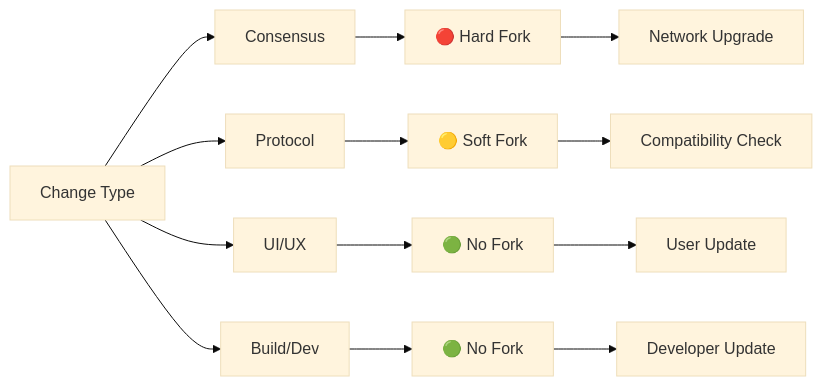
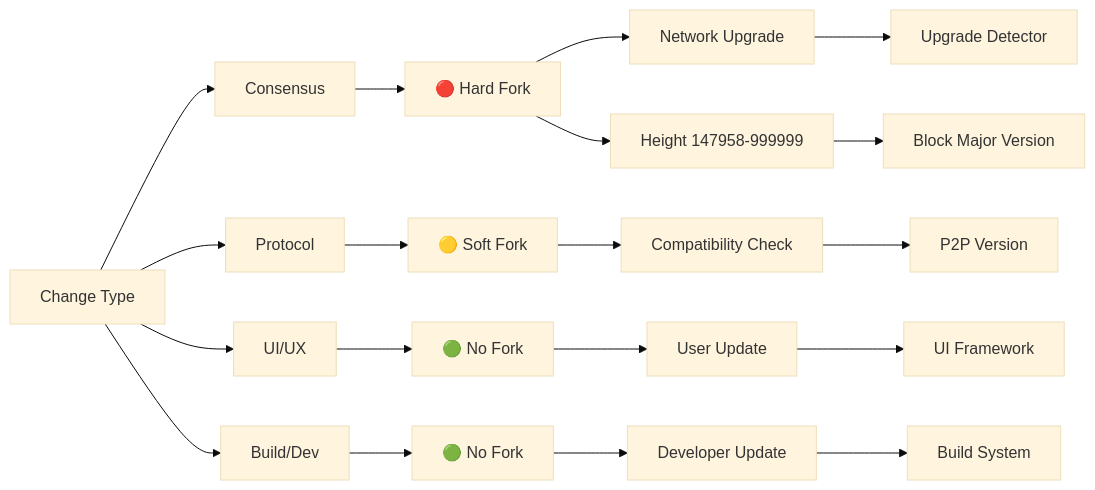
One commit to usexfg/fuego-suite changed the second of 29 diagrams in FORK_CLASSIFICATION.md. Above: the diagram before and after it, drawn with Mermaid (base theme). The commit also changed other lines of this file and 64 other files, not shown here.

````diff
--- a/FORK_CLASSIFICATION.md
+++ b/FORK_CLASSIFICATION.md
@@ -43,17 +52,24 @@
 ```mermaid
 graph LR
     A[Change Type] --> B[Consensus]
     A --> C[Protocol]
     A --> D[UI/UX]
     A --> E[Build/Dev]
     
     B --> F[🔴 Hard Fork]
     C --> G[🟡 Soft Fork]
     D --> H[🟢 No Fork]
     E --> I[🟢 No Fork]
     
     F --> J[Network Upgrade]
-    G --> K[Compatibility Check]
-    H --> L[User Update]
-    I --> M[Developer Update]
+    F --> K[Height 147958-999999]
+    G --> L[Compatibility Check]
+    H --> M[User Update]
+    I --> N[Developer Update]
+    
+    J --> O[Upgrade Detector]
+    K --> P[Block Major Version]
+    L --> Q[P2P Version]
+    M --> R[UI Framework]
+    N --> S[Build System]
 ```
````
